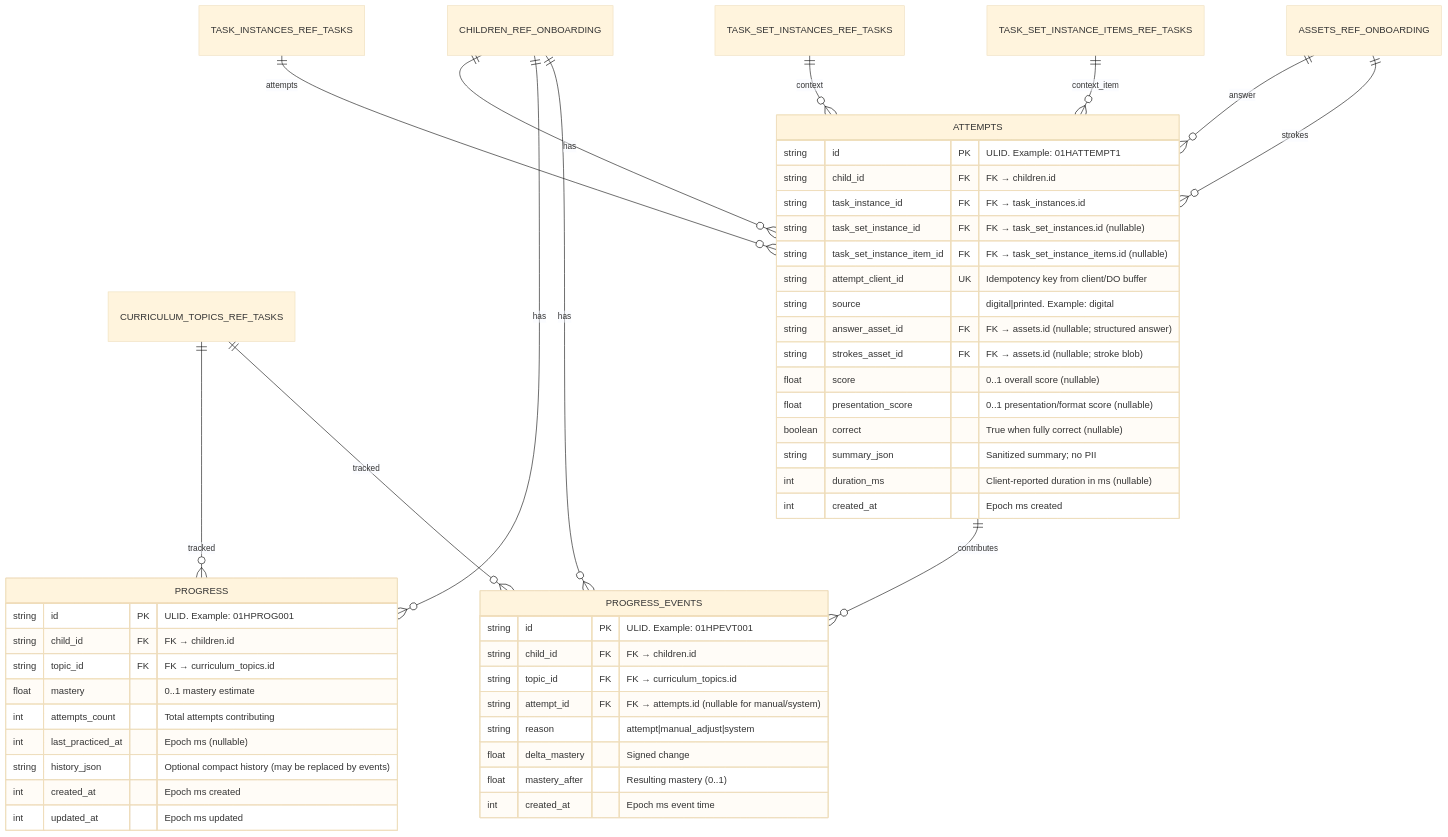
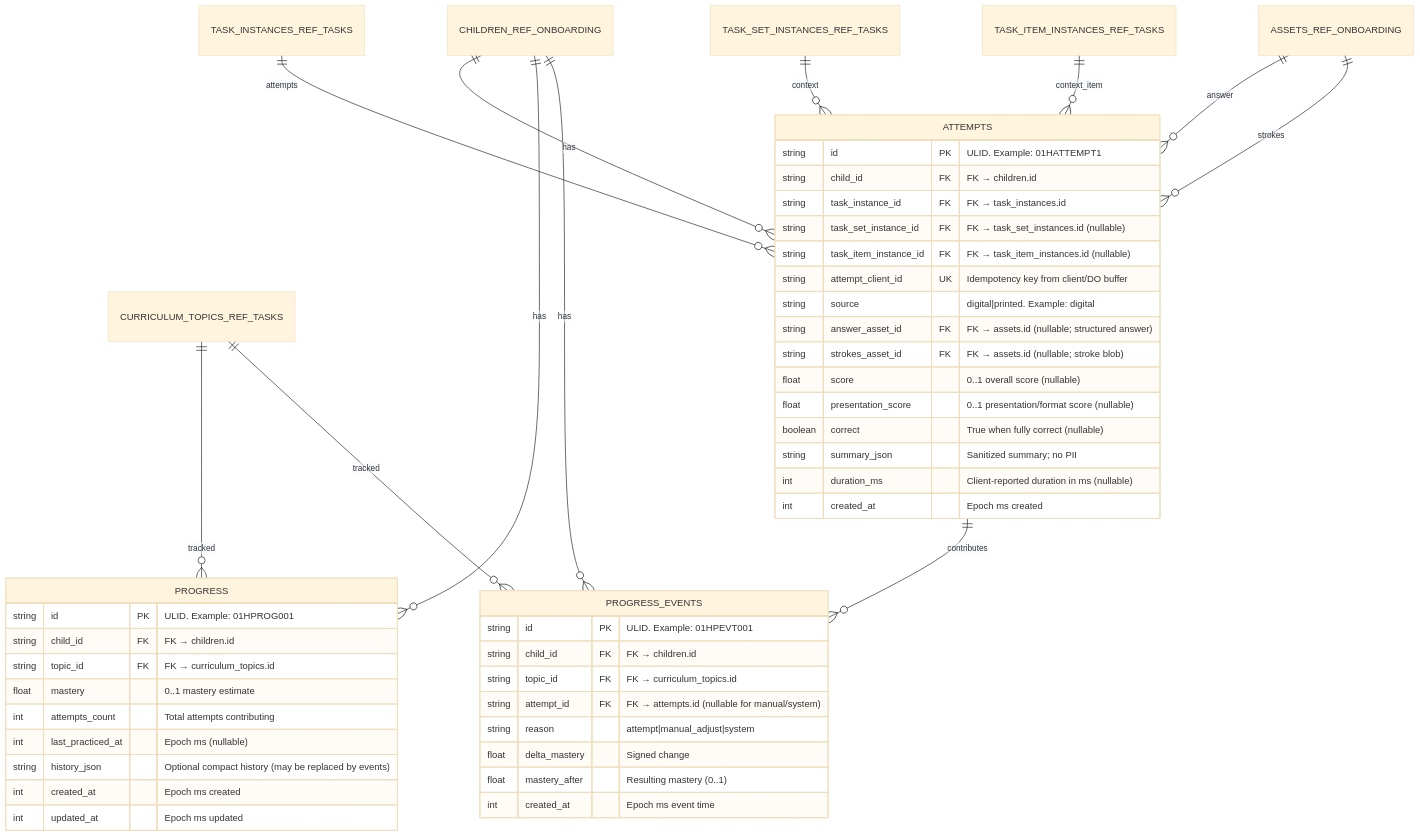
Before and after one commit to kamaz/eduapp: the diagram in docs/erd/erd-progress.mmd, drawn with Mermaid (base theme). The commit also changed 12 other files, not shown here.

```diff
--- a/docs/erd/erd-progress.mmd
+++ b/docs/erd/erd-progress.mmd
@@ -1,70 +1,70 @@
 %% Domain: Progress & Attempts (canonical in D1)
 %% Notes:
 %% - DO buffers attempts and flushes to D1; idempotency via client-generated key.
 %% - No PII in summaries; assets stored in R2 and referenced here.
 erDiagram
     %% Referenced entities defined in other ERDs
     CHILDREN_REF_ONBOARDING {}
     ASSETS_REF_ONBOARDING {}
     CURRICULUM_TOPICS_REF_TASKS {}
     TASK_INSTANCES_REF_TASKS {}
     TASK_SET_INSTANCES_REF_TASKS {}
-    TASK_SET_INSTANCE_ITEMS_REF_TASKS {}
+    TASK_ITEM_INSTANCES_REF_TASKS {}
 
     ATTEMPTS {
         string id PK "ULID. Example: 01HATTEMPT1"
         string child_id FK "FK → children.id"
         string task_instance_id FK "FK → task_instances.id"
         string task_set_instance_id FK "FK → task_set_instances.id (nullable)"
-        string task_set_instance_item_id FK "FK → task_set_instance_items.id (nullable)"
+        string task_item_instance_id FK "FK → task_item_instances.id (nullable)"
         string attempt_client_id UK "Idempotency key from client/DO buffer"
         string source "digital|printed. Example: digital"
         string answer_asset_id FK "FK → assets.id (nullable; structured answer)"
         string strokes_asset_id FK "FK → assets.id (nullable; stroke blob)"
         float score "0..1 overall score (nullable)"
         float presentation_score "0..1 presentation/format score (nullable)"
         boolean correct "True when fully correct (nullable)"
         string summary_json "Sanitized summary; no PII"
         int duration_ms "Client-reported duration in ms (nullable)"
         int created_at "Epoch ms created"
     }
 
     PROGRESS {
         string id PK "ULID. Example: 01HPROG001"
         string child_id FK "FK → children.id"
         string topic_id FK "FK → curriculum_topics.id"
         float mastery "0..1 mastery estimate"
         int attempts_count "Total attempts contributing"
         int last_practiced_at "Epoch ms (nullable)"
         string history_json "Optional compact history (may be replaced by events)"
         int created_at "Epoch ms created"
         int updated_at "Epoch ms updated"
     }
 
     %% Optional audit trail of mastery evolution (normalized alternative to history_json)
     PROGRESS_EVENTS {
         string id PK "ULID. Example: 01HPEVT001"
         string child_id FK "FK → children.id"
         string topic_id FK "FK → curriculum_topics.id"
         string attempt_id FK "FK → attempts.id (nullable for manual/system)"
         string reason "attempt|manual_adjust|system"
         float delta_mastery "Signed change"
         float mastery_after "Resulting mastery (0..1)"
         int created_at "Epoch ms event time"
     }
 
     %% Relationships
     CHILDREN_REF_ONBOARDING ||--o{ ATTEMPTS : has
     TASK_INSTANCES_REF_TASKS ||--o{ ATTEMPTS : attempts
     TASK_SET_INSTANCES_REF_TASKS ||--o{ ATTEMPTS : context
-    TASK_SET_INSTANCE_ITEMS_REF_TASKS ||--o{ ATTEMPTS : context_item
+    TASK_ITEM_INSTANCES_REF_TASKS ||--o{ ATTEMPTS : context_item
 
     ASSETS_REF_ONBOARDING ||--o{ ATTEMPTS : answer
     ASSETS_REF_ONBOARDING ||--o{ ATTEMPTS : strokes
 
     CHILDREN_REF_ONBOARDING ||--o{ PROGRESS : has
     CURRICULUM_TOPICS_REF_TASKS ||--o{ PROGRESS : tracked
 
     CHILDREN_REF_ONBOARDING ||--o{ PROGRESS_EVENTS : has
     CURRICULUM_TOPICS_REF_TASKS ||--o{ PROGRESS_EVENTS : tracked
     ATTEMPTS ||--o{ PROGRESS_EVENTS : contributes
```
